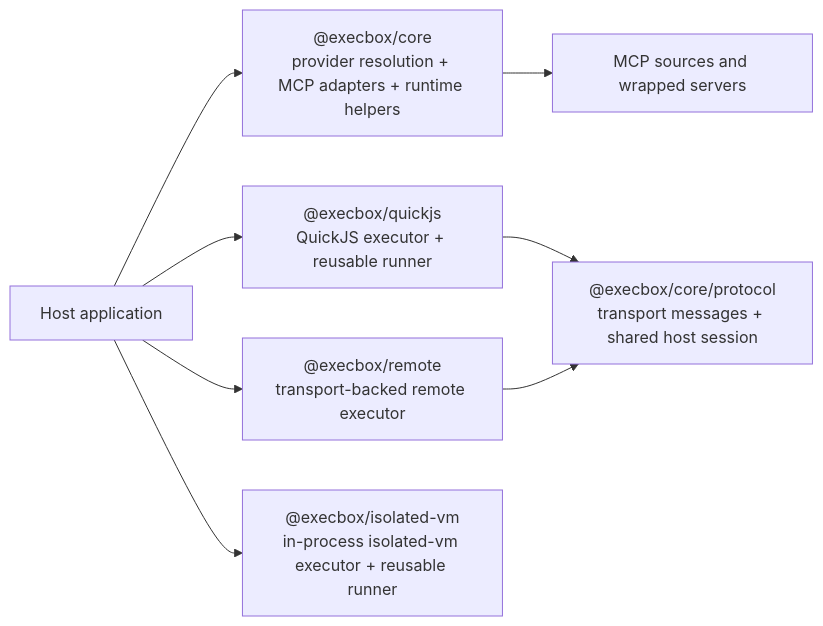
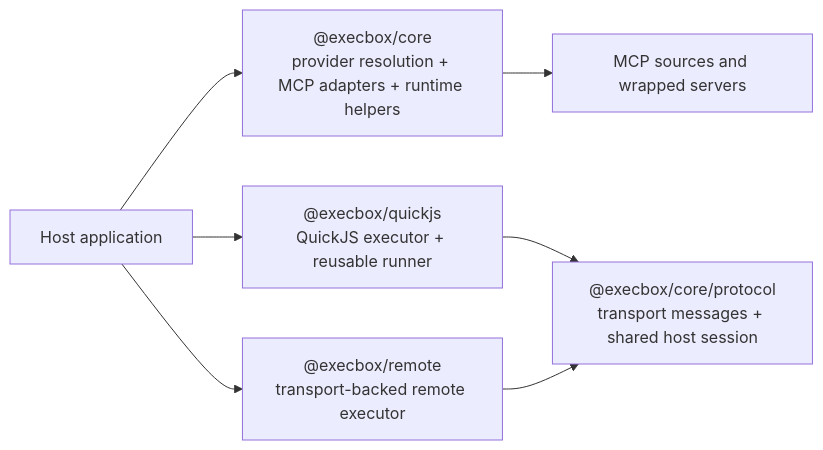
One commit to aallam/execbox changed the first of 3 diagrams in docs/architecture/README.md. Above: the diagram before and after it, drawn with Mermaid. The commit also changed other lines of this file and 39 other files, not shown here.

````diff
--- a/docs/architecture/README.md
+++ b/docs/architecture/README.md
@@ -24,18 +24,16 @@
 ```mermaid
 flowchart LR
     APP["Host application"]
     CORE["@execbox/core<br/>provider resolution + MCP adapters + runtime helpers"]
     QJS["@execbox/quickjs<br/>QuickJS executor + reusable runner"]
     REM["@execbox/remote<br/>transport-backed remote executor"]
-    IVM["@execbox/isolated-vm<br/>in-process isolated-vm executor + reusable runner"]
     PROTO["@execbox/core/protocol<br/>transport messages + shared host session"]
     MCP["MCP sources and wrapped servers"]
 
     APP --> CORE
     APP --> QJS
     APP --> REM
-    APP --> IVM
     CORE --> MCP
     QJS --> PROTO
     REM --> PROTO
 ```
````
